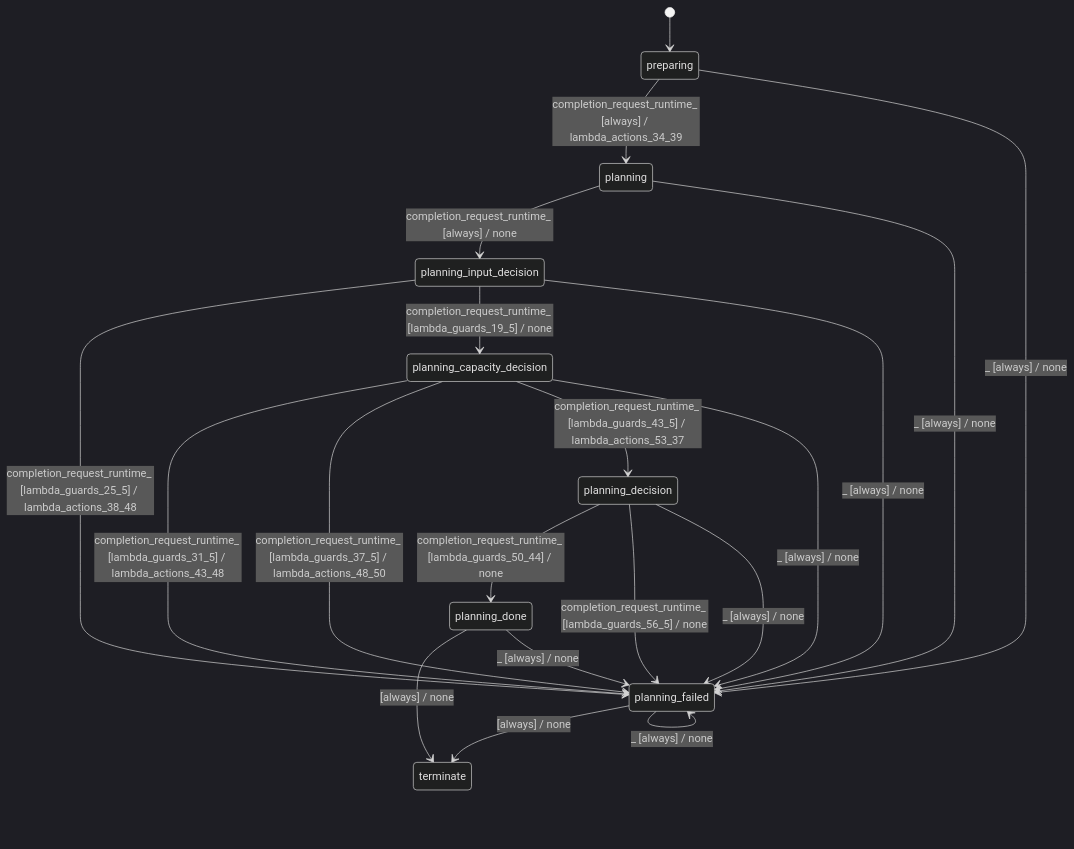
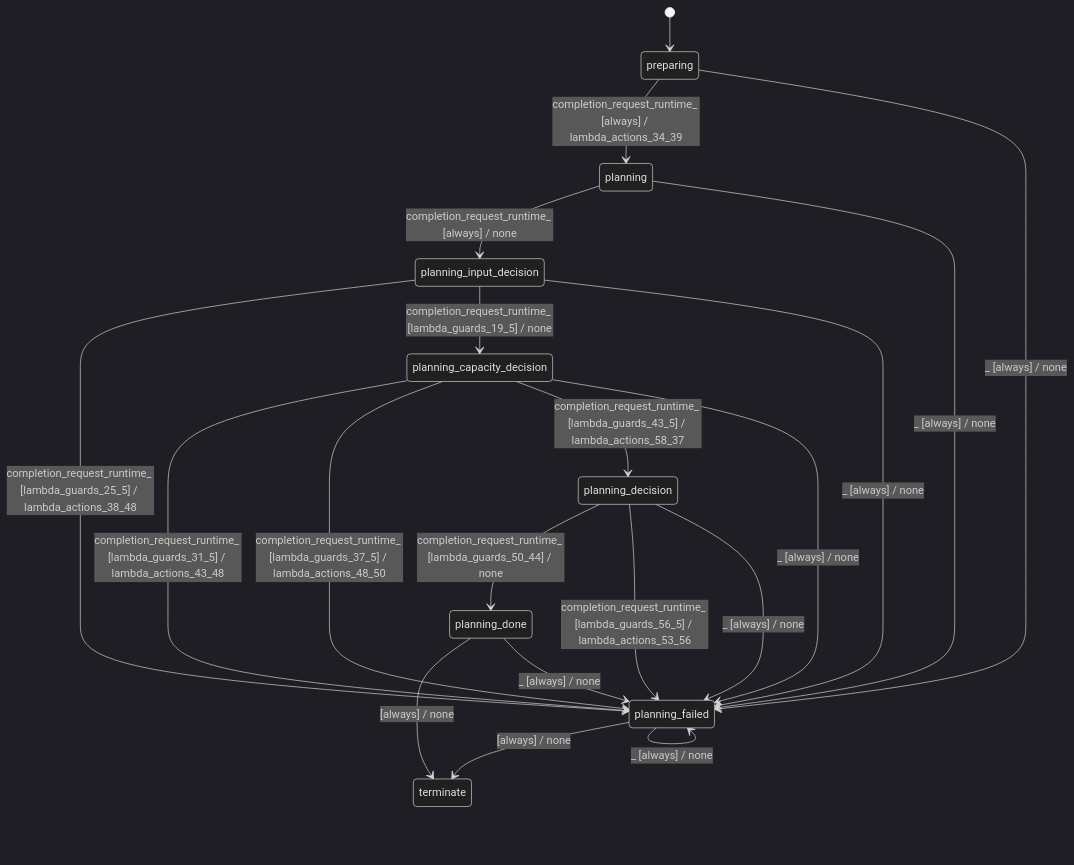
The diagram in docs/architecture/batch_planner_modes_simple.md (stateforward/emel.cpp), drawn with Mermaid (dark theme) before and after one commit. The commit also changed other lines of this file and 23 other files, not shown here.

````diff
--- a/docs/architecture/batch_planner_modes_simple.md
+++ b/docs/architecture/batch_planner_modes_simple.md
@@ -7,23 +7,23 @@
 ```mermaid
 stateDiagram-v2
   direction TB
   [*] --> preparing
   preparing --> planning : completion_request_runtime_ [always] / lambda_actions_34_39
   planning --> planning_input_decision : completion_request_runtime_ [always] / none
   planning_input_decision --> planning_failed : completion_request_runtime_ [lambda_guards_25_5] / lambda_actions_38_48
   planning_input_decision --> planning_capacity_decision : completion_request_runtime_ [lambda_guards_19_5] / none
   planning_capacity_decision --> planning_failed : completion_request_runtime_ [lambda_guards_31_5] / lambda_actions_43_48
   planning_capacity_decision --> planning_failed : completion_request_runtime_ [lambda_guards_37_5] / lambda_actions_48_50
-  planning_capacity_decision --> planning_decision : completion_request_runtime_ [lambda_guards_43_5] / lambda_actions_53_37
+  planning_capacity_decision --> planning_decision : completion_request_runtime_ [lambda_guards_43_5] / lambda_actions_58_37
   planning_decision --> planning_done : completion_request_runtime_ [lambda_guards_50_44] / none
-  planning_decision --> planning_failed : completion_request_runtime_ [lambda_guards_56_5] / none
+  planning_decision --> planning_failed : completion_request_runtime_ [lambda_guards_56_5] / lambda_actions_53_56
   planning_done --> terminate : [always] / none
   planning_failed --> terminate : [always] / none
   planning_done --> planning_failed : _ [always] / none
   planning_failed --> planning_failed : _ [always] / none
   preparing --> planning_failed : _ [always] / none
   planning --> planning_failed : _ [always] / none
   planning_input_decision --> planning_failed : _ [always] / none
   planning_capacity_decision --> planning_failed : _ [always] / none
   planning_decision --> planning_failed : _ [always] / none
 ```
````
